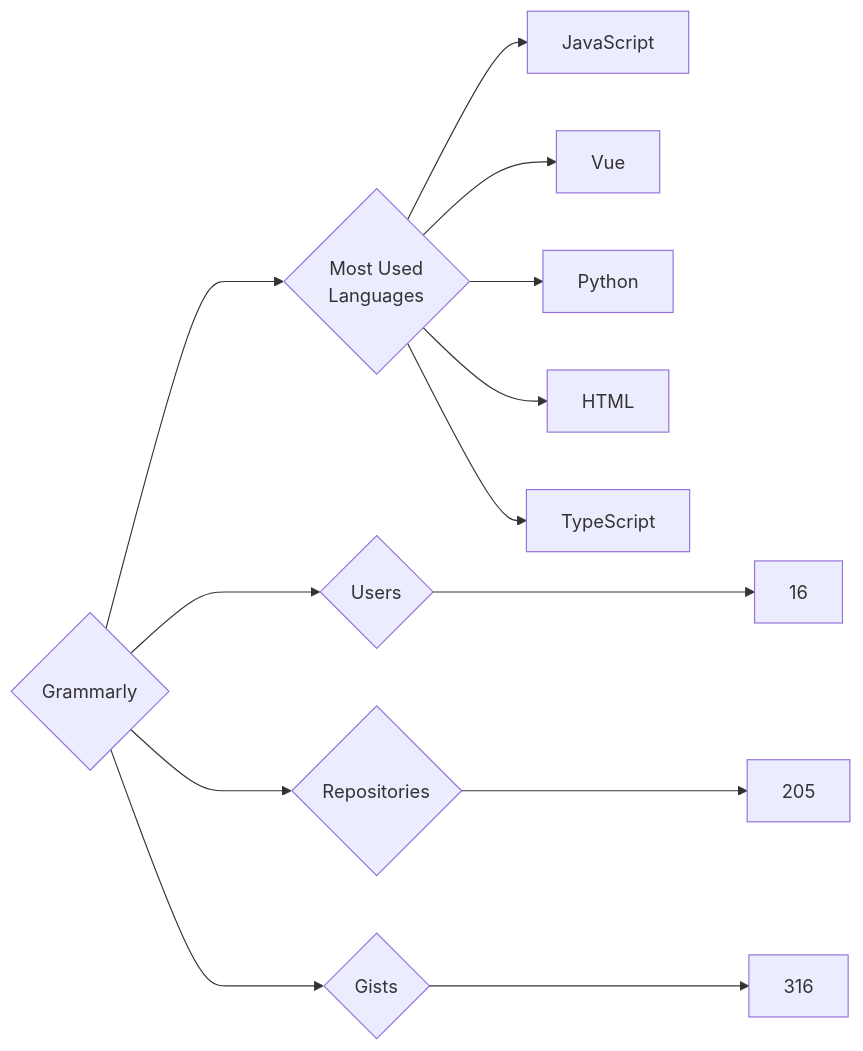
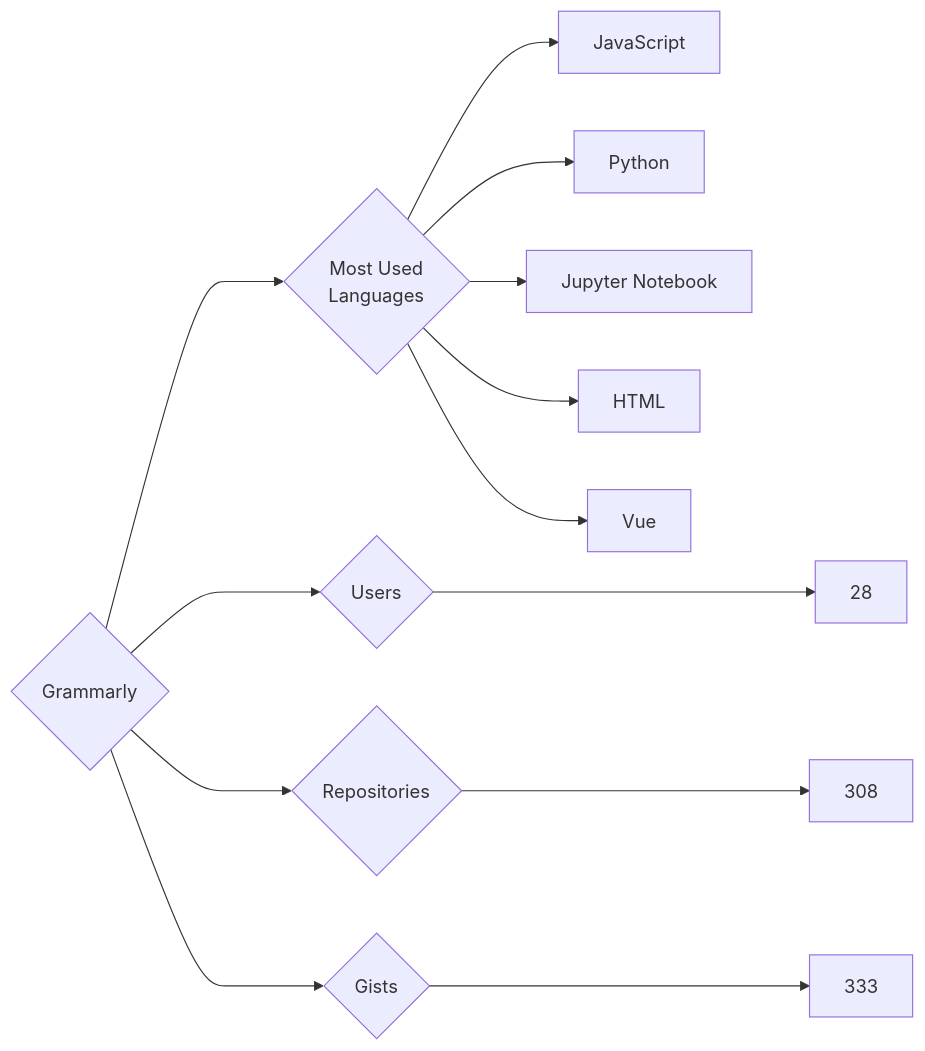
The diagram in targets/Grammarly/README.md (trickest/insiders), drawn with Mermaid before and after one commit. The commit also changed 838 other files, not shown here.

````diff
--- a/targets/Grammarly/README.md
+++ b/targets/Grammarly/README.md
@@ -3,13 +3,13 @@
 ```mermaid
 graph LR
 COMPANY_NAME{Grammarly}
-COMPANY_NAME ---> U{Users} ---> UN[16]
-COMPANY_NAME ---> R{Repositories} ---> RN[205]
-COMPANY_NAME ---> G{Gists} ---> GN[316]
+COMPANY_NAME ---> U{Users} ---> UN[28]
+COMPANY_NAME ---> R{Repositories} ---> RN[308]
+COMPANY_NAME ---> G{Gists} ---> GN[333]
 COMPANY_NAME ---> ML{Most Used<br>Languages}
 ML --> JavaScript[JavaScript]
+ML --> Python[Python]
+ML --> Jupyter_Notebook[Jupyter Notebook]
+ML --> HTML[HTML]
 ML --> Vue[Vue]
-ML --> Python[Python]
-ML --> HTML[HTML]
-ML --> TypeScript[TypeScript]
 ```
````
